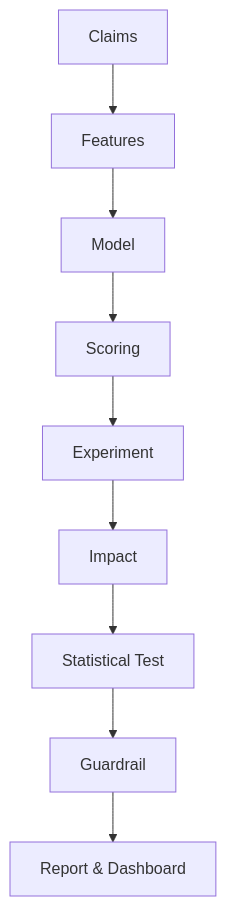
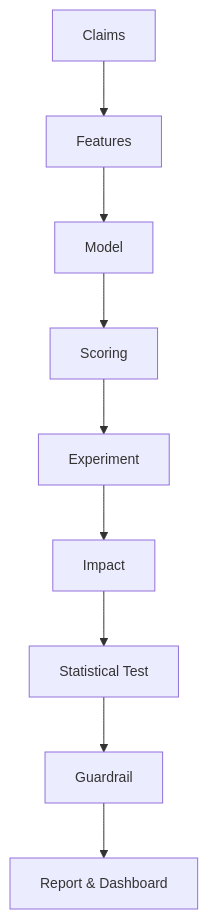
The diagram in README.md (Obok-obok/awesome-fds), drawn with Mermaid before and after one commit. The commit also changed other lines of this file, not shown here.

````diff
--- a/README.md
+++ b/README.md
@@ -48,12 +58,12 @@
 ```mermaid
+%%{init: {'flowchart': {'nodeSpacing': 45, 'rankSpacing': 55}, 'themeVariables': {'fontSize': '14px'}}}%%
 flowchart TD
-A[Claims] 
---> B[Features]
---> C[Model]
---> D[Scoring]
---> E[Experiment]
---> F[Impact]
---> G[Statistical Test]
---> H[Guardrail]
---> I[Report & Dashboard]
+A[Claims] --> B[Features]
+B --> C[Model]
+C --> D[Scoring]
+D --> E[Experiment]
+E --> F[Impact]
+F --> G[Statistical Test]
+G --> H[Guardrail]
+H --> I[Report & Dashboard]
 ```
````
